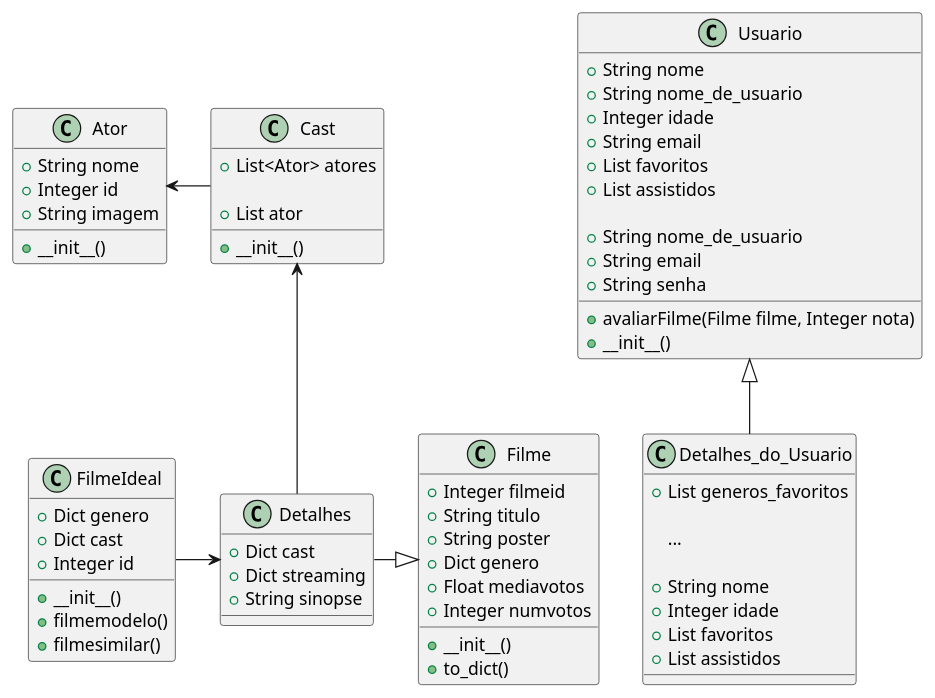
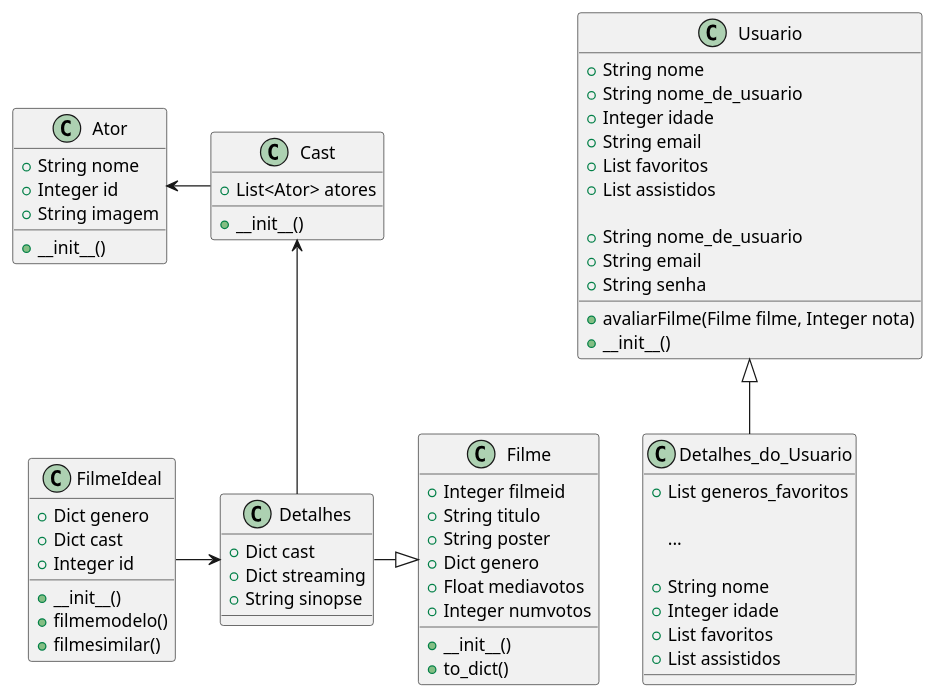
The diagram in diagrama_de_classes.plantuml (isadora-yasmim/ms_20242_g3), drawn with PlantUML before and after one commit.

```diff
--- a/diagrama_de_classes.plantuml
+++ b/diagrama_de_classes.plantuml
@@ -1,82 +1,79 @@
 @startuml Diagrama_de_Classses_KlimaX
         class Filme {
                 +Integer filmeid
                 +String titulo
                 +String poster
                 +Dict genero
                 +Float mediavotos
                 +Integer numvotos
 
                 +__init__()
                 +to_dict()
         }
 
         class Detalhes{
                 +Dict cast
                 +Dict streaming
                 +String sinopse
 
 
         }
 
         class Cast{
 
                 +List<Ator> atores
-
-                +List ator
-
                 +__init__()
         }
 
         class Ator {
                 +String nome
                 +Integer id
                 +String imagem
                 +__init__()
         }
 
         class Usuario {
 
                 +String nome
                 +String nome_de_usuario
                 +Integer idade
                 +String email
                 +List favoritos
                 +List assistidos
                 +avaliarFilme(Filme filme, Integer nota)
 
                 +String nome_de_usuario
                 +String email
                 +String senha
 
                 +__init__()
         }
         class FilmeIdeal {
                 +Dict genero
                 +Dict cast
                 +Integer id
 
                 +__init__()
                 +filmemodelo()
                 +filmesimilar()
         }
 
         class Detalhes_do_Usuario extends Usuario {
                 +List generos_favoritos
 
                 ...
 
                 +String nome
                 +Integer idade
                 +List favoritos
                 +List assistidos
 
 
         }
 
         FilmeIdeal -> Detalhes
         Detalhes -|> Filme
         Cast <-- Detalhes
         Ator <- Cast
 
 @enduml
```
